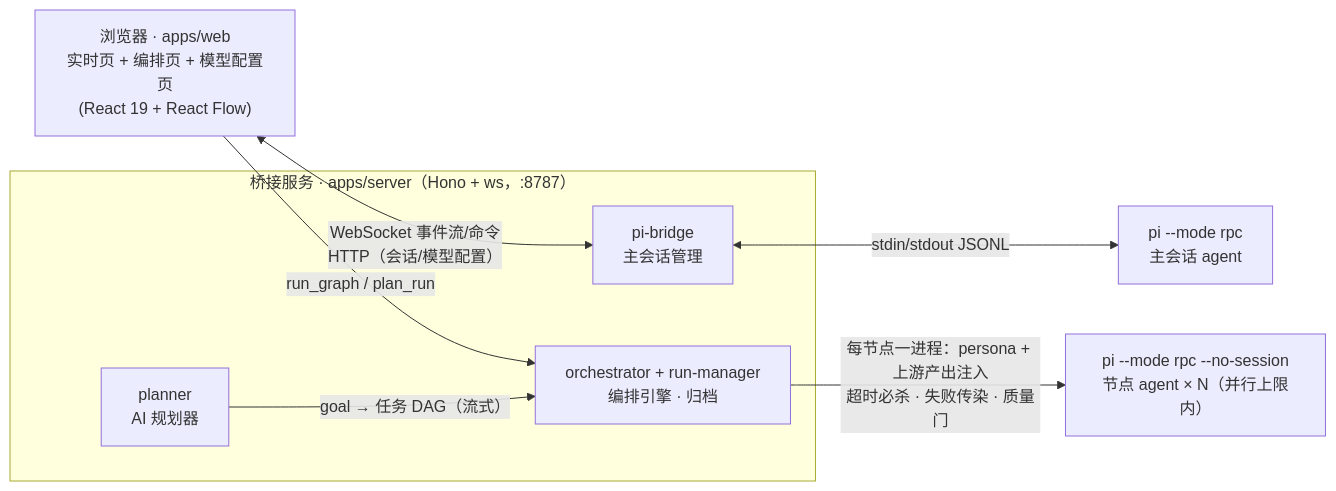
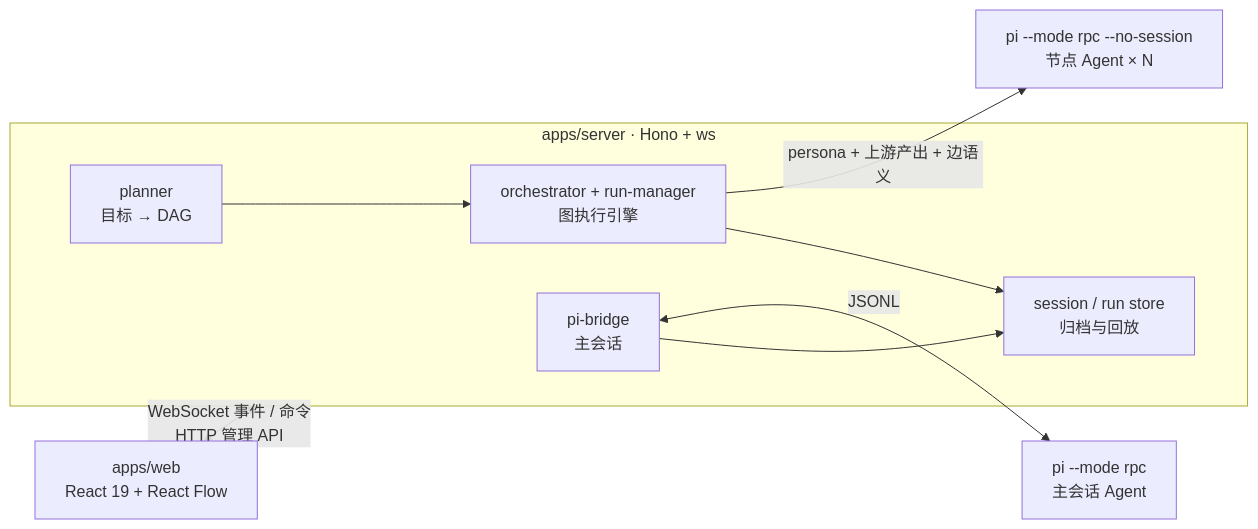
One commit to Teddy9710/pi-graph-ui changed the second of 2 diagrams in README.md. Above: the diagram before and after it, drawn with Mermaid. The commit also changed other lines of this file and 1 other file, not shown here.

Commit message:
docs: refocus README on graph engineering

````diff
--- a/README.md
+++ b/README.md
@@ -110,19 +144,21 @@
 ```mermaid
 flowchart LR
-    UI["浏览器 · apps/web<br/>实时页 + 编排页 + 模型配置页<br/>(React 19 + React Flow)"]
+    UI["apps/web<br/>React 19 + React Flow"]
 
-    subgraph SRV["桥接服务 · apps/server（Hono + ws，:8787）"]
-        BR["pi-bridge<br/>主会话管理"]
-        RM["orchestrator + run-manager<br/>编排引擎 · 归档"]
-        PL["planner<br/>AI 规划器"]
+    subgraph SERVER["apps/server · Hono + ws"]
+        BRIDGE["pi-bridge<br/>主会话"]
+        ENGINE["orchestrator + run-manager<br/>图执行引擎"]
+        PLANNER["planner<br/>目标 → DAG"]
+        STORE["session / run store<br/>归档与回放"]
     end
 
-    MAIN["pi --mode rpc<br/>主会话 agent"]
-    NODES["pi --mode rpc --no-session<br/>节点 agent × N（并行上限内）"]
+    MAIN["pi --mode rpc<br/>主会话 Agent"]
+    WORKERS["pi --mode rpc --no-session<br/>节点 Agent × N"]
 
-    UI <-->|"WebSocket 事件流/命令<br/>HTTP（会话/模型配置）"| BR
-    UI -->|"run_graph / plan_run"| RM
-    PL -->|"goal → 任务 DAG（流式）"| RM
-    RM -->|"每节点一进程：persona + 上游产出注入<br/>超时必杀 · 失败传染 · 质量门"| NODES
-    BR <-->|"stdin/stdout JSONL"| MAIN
+    UI <-->|"WebSocket 事件 / 命令<br/>HTTP 管理 API"| SERVER
+    BRIDGE <-->|JSONL| MAIN
+    PLANNER --> ENGINE
+    ENGINE -->|"persona + 上游产出 + 边语义"| WORKERS
+    ENGINE --> STORE
+    BRIDGE --> STORE
 ```
````
